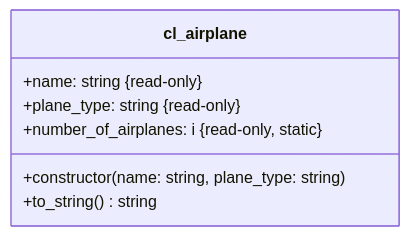
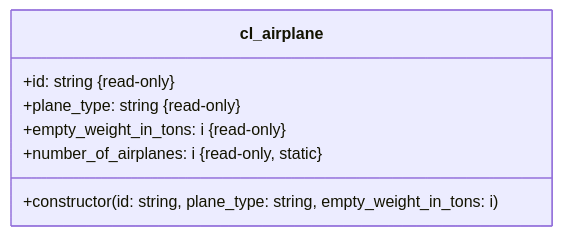
Before and after one commit to appenmaier/s4hana: the diagram in docs/exercises/abap-objects/abap-objects-04.md, drawn with Mermaid. The commit also changed other lines of this file and 15 other files, not shown here.

````diff
--- a/docs/exercises/abap-objects/abap-objects-04.md
+++ b/docs/exercises/abap-objects/abap-objects-04.md
@@ -11,10 +11,10 @@
 ```mermaid
 classDiagram
-    class cl_airplane {
-      +name: string &#123read-only&#125
+   class cl_airplane {
+      +id: string &#123read-only&#125
       +plane_type: string &#123read-only&#125
+      +empty_weight_in_tons: i &#123read-only&#125
       +number_of_airplanes: i &#123read-only, static&#125
-      +constructor(name: string, plane_type: string)
-      +to_string() string
-    }
+      +constructor(id: string, plane_type: string, empty_weight_in_tons: i)
+   }
 ```
````
